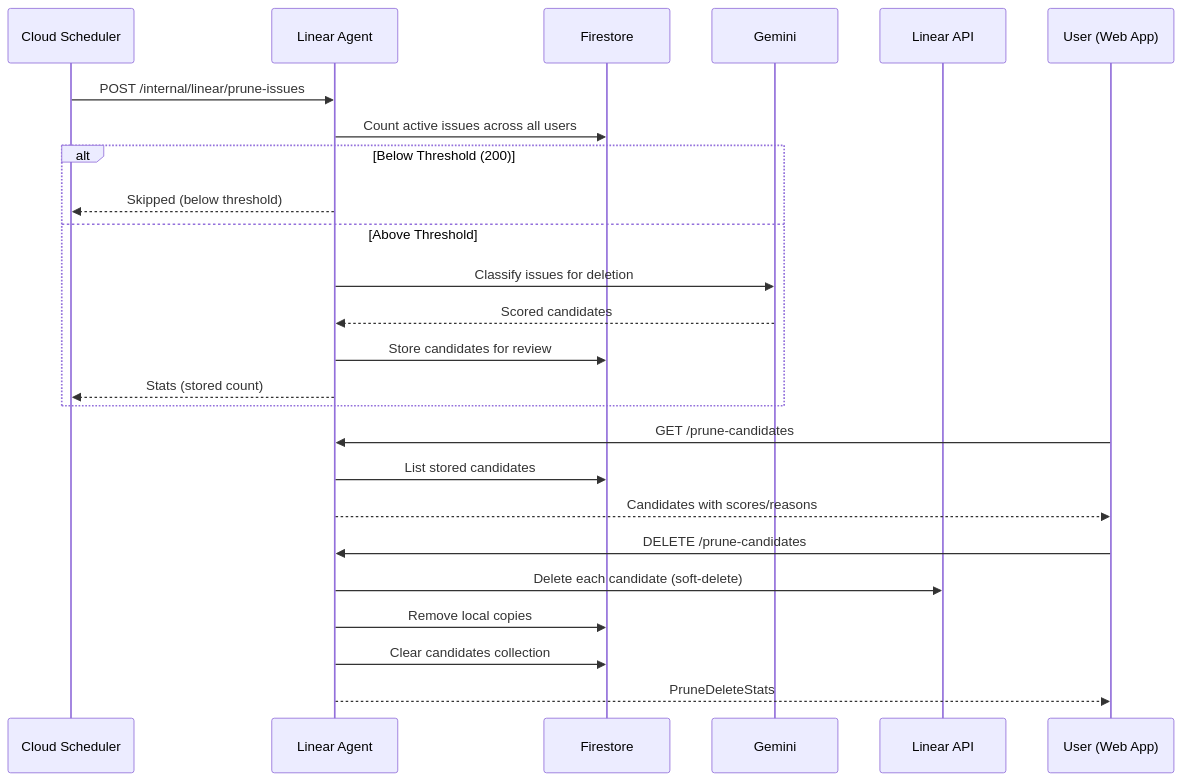
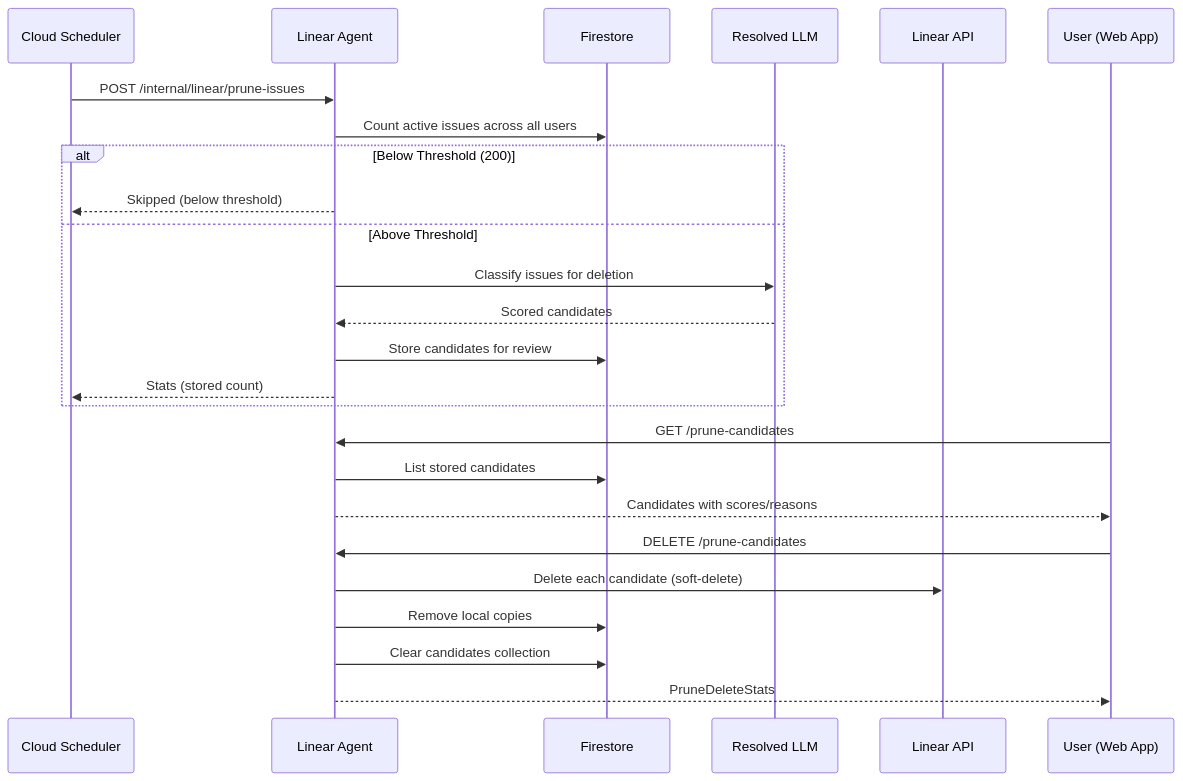
Before and after one commit to pbuchman/intexuraos: the fifth of 5 diagrams in docs/services/linear-agent/technical.md, drawn with Mermaid. The commit also changed other lines of this file and 267 other files, not shown here.

````diff
--- a/docs/services/linear-agent/technical.md
+++ b/docs/services/linear-agent/technical.md
@@ -209,28 +209,28 @@
 ```mermaid
 sequenceDiagram
     participant Scheduler as Cloud Scheduler
     participant LA as Linear Agent
     participant FS as Firestore
-    participant GEM as Gemini
+    participant LLM as Resolved LLM
     participant Linear as Linear API
     participant User as User (Web App)
 
     Scheduler->>LA: POST /internal/linear/prune-issues
     LA->>FS: Count active issues across all users
     alt Below Threshold (200)
         LA-->>Scheduler: Skipped (below threshold)
     else Above Threshold
-        LA->>GEM: Classify issues for deletion
-        GEM-->>LA: Scored candidates
+        LA->>LLM: Classify issues for deletion
+        LLM-->>LA: Scored candidates
         LA->>FS: Store candidates for review
         LA-->>Scheduler: Stats (stored count)
     end
     User->>LA: GET /prune-candidates
     LA->>FS: List stored candidates
     LA-->>User: Candidates with scores/reasons
     User->>LA: DELETE /prune-candidates
     LA->>Linear: Delete each candidate (soft-delete)
     LA->>FS: Remove local copies
     LA->>FS: Clear candidates collection
     LA-->>User: PruneDeleteStats
 ```
````
